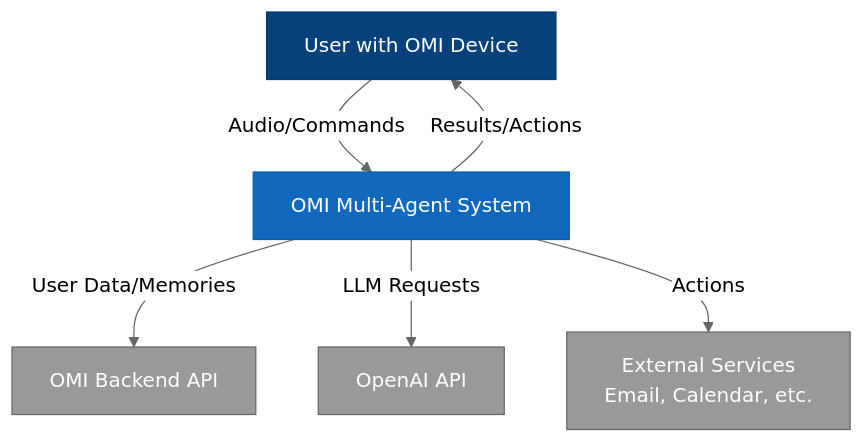
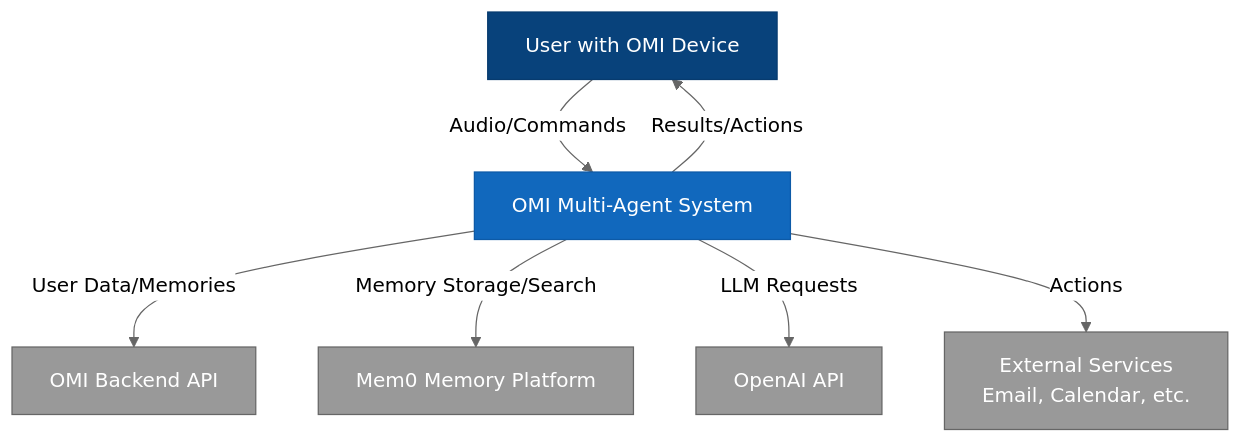
Before and after one commit to GDG-PVD/neurohub: the first of 5 diagrams in docs/architecture/c4-diagrams.md, drawn with Mermaid (neutral theme). The commit also changed other lines of this file and 23 other files, not shown here.

First line of the commit message:
feat: Add OMI-Mem0 memory integration for enhanced workshop experience

````diff
--- a/docs/architecture/c4-diagrams.md
+++ b/docs/architecture/c4-diagrams.md
@@ -9,21 +9,23 @@
 ```mermaid
 graph TB
     %% Styling
     classDef person fill:#08427b,stroke:#073b6f,color:#fff
     classDef system fill:#1168bd,stroke:#0d5aa7,color:#fff
     classDef external fill:#999,stroke:#666,color:#fff
     
     %% Nodes
     User[User with OMI Device]:::person
     System[OMI Multi-Agent System]:::system
     OMIBackend[OMI Backend API]:::external
     OpenAI[OpenAI API]:::external
+    Mem0[Mem0 Memory Platform]:::external
     ExtServices[External Services<br/>Email, Calendar, etc.]:::external
     
     %% Relationships
     User -->|Audio/Commands| System
     System -->|Results/Actions| User
     System -->|User Data/Memories| OMIBackend
+    System -->|Memory Storage/Search| Mem0
     System -->|LLM Requests| OpenAI
     System -->|Actions| ExtServices
 ```
````
